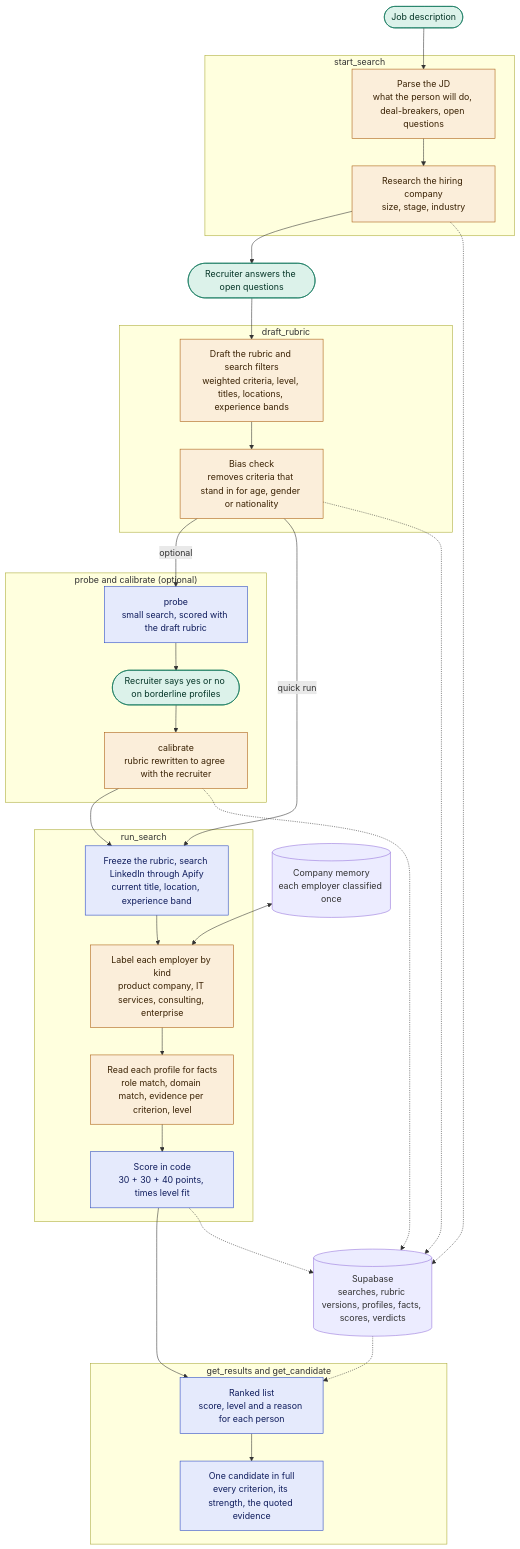
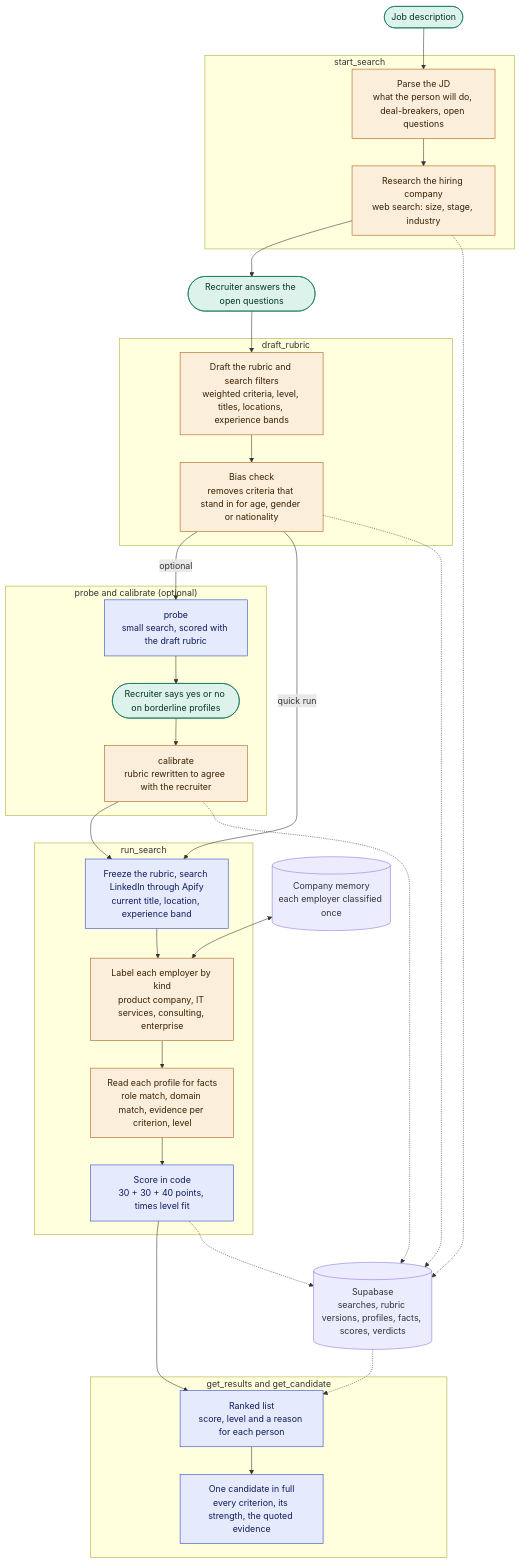
The diagram in README.md (devwatts/talent-finder), drawn with Mermaid before and after one commit. The commit also changed other lines of this file and 2 other files, not shown here.

Commit message:
Research the hiring company with a web search

````diff
--- a/README.md
+++ b/README.md
@@ -9,59 +9,59 @@
 ```mermaid
 flowchart TD
     jd(["Job description"]):::you --> parse
 
     subgraph s1["start_search"]
         parse["Parse the JD<br/>what the person will do, deal-breakers, open questions"]:::model
-        company["Research the hiring company<br/>size, stage, industry"]:::model
+        company["Research the hiring company<br/>web search: size, stage, industry"]:::model
         parse --> company
     end
 
     company --> answers(["Recruiter answers the open questions"]):::you
     answers --> rubric
 
     subgraph s2["draft_rubric"]
         rubric["Draft the rubric and search filters<br/>weighted criteria, level, titles, locations, experience bands"]:::model
         bias["Bias check<br/>removes criteria that stand in for age, gender or nationality"]:::model
         rubric --> bias
     end
 
     bias -->|optional| probe
     bias -->|quick run| freeze
 
     subgraph s3["probe and calibrate (optional)"]
         probe["probe<br/>small search, scored with the draft rubric"]:::code
         verdicts(["Recruiter says yes or no on borderline profiles"]):::you
         revise["calibrate<br/>rubric rewritten to agree with the recruiter"]:::model
         probe --> verdicts --> revise
     end
 
     revise --> freeze
 
     subgraph s4["run_search"]
         freeze["Freeze the rubric, search LinkedIn through Apify<br/>current title, location, experience band"]:::code
         kinds["Label each employer by kind<br/>product company, IT services, consulting, enterprise"]:::model
         facts["Read each profile for facts<br/>role match, domain match, evidence per criterion, level"]:::model
         score["Score in code<br/>30 + 30 + 40 points, times level fit"]:::code
         freeze --> kinds --> facts --> score
     end
 
     memory[("Company memory<br/>each employer classified once")] <--> kinds
     score --> results
 
     subgraph s5["get_results and get_candidate"]
         results["Ranked list<br/>score, level and a reason for each person"]:::code
         detail["One candidate in full<br/>every criterion, its strength, the quoted evidence"]:::code
         results --> detail
     end
 
     store[("Supabase<br/>searches, rubric versions, profiles, facts, scores, verdicts")]
     company -.-> store
     bias -.-> store
     revise -.-> store
     score -.-> store
     store -.-> results
 
     classDef model fill:#fbeeda,stroke:#a85a0b,color:#3a2204
     classDef code fill:#e5eafc,stroke:#2443c4,color:#0f1c5c
     classDef you fill:#dcf2ea,stroke:#0b7559,color:#053527
 ```
````
